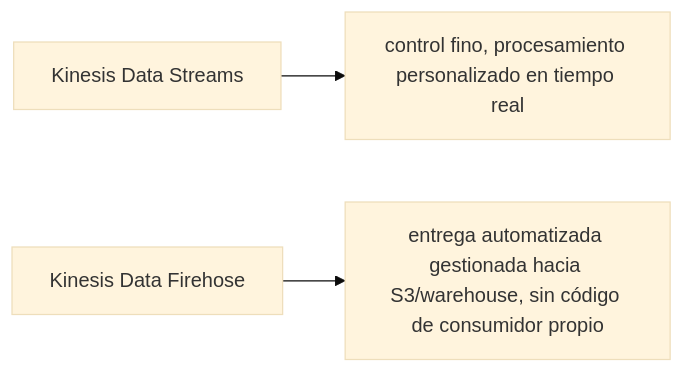
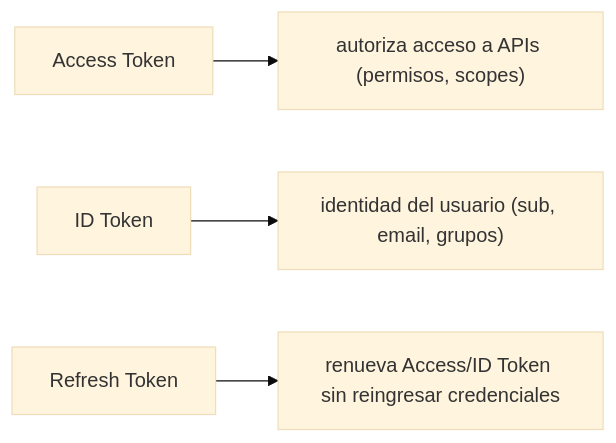
The fourth of 5 diagrams in web/public/content/cloud/modulo-17.md (NICORUIZ93/The_Imperial_Book), drawn with Mermaid (base theme) before and after one commit. The commit also changed other lines of this file and 305 other files, not shown here.

````diff
--- a/web/public/content/cloud/modulo-17.md
+++ b/web/public/content/cloud/modulo-17.md
@@ -119,5 +83,6 @@
 ```mermaid
 flowchart LR
-    A["Kinesis Data Streams"] --> A1["control fino, procesamiento personalizado en tiempo real"]
-    B["Kinesis Data Firehose"] --> B1["entrega automatizada gestionada hacia S3/warehouse, sin código de consumidor propio"]
+    A["Access Token"] --> A1["autoriza acceso a APIs (permisos, scopes)"]
+    B["ID Token"] --> B1["identidad del usuario (sub, email, grupos)"]
+    C["Refresh Token"] --> C1["renueva Access/ID Token sin reingresar credenciales"]
 ```
````
